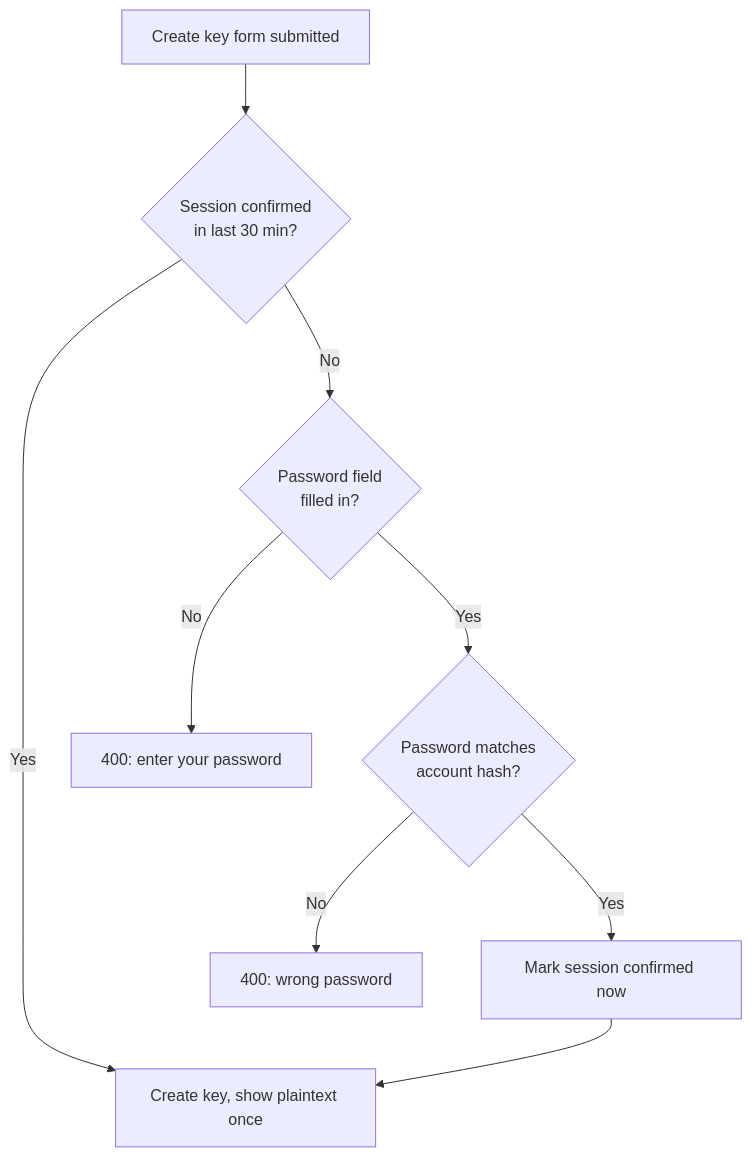
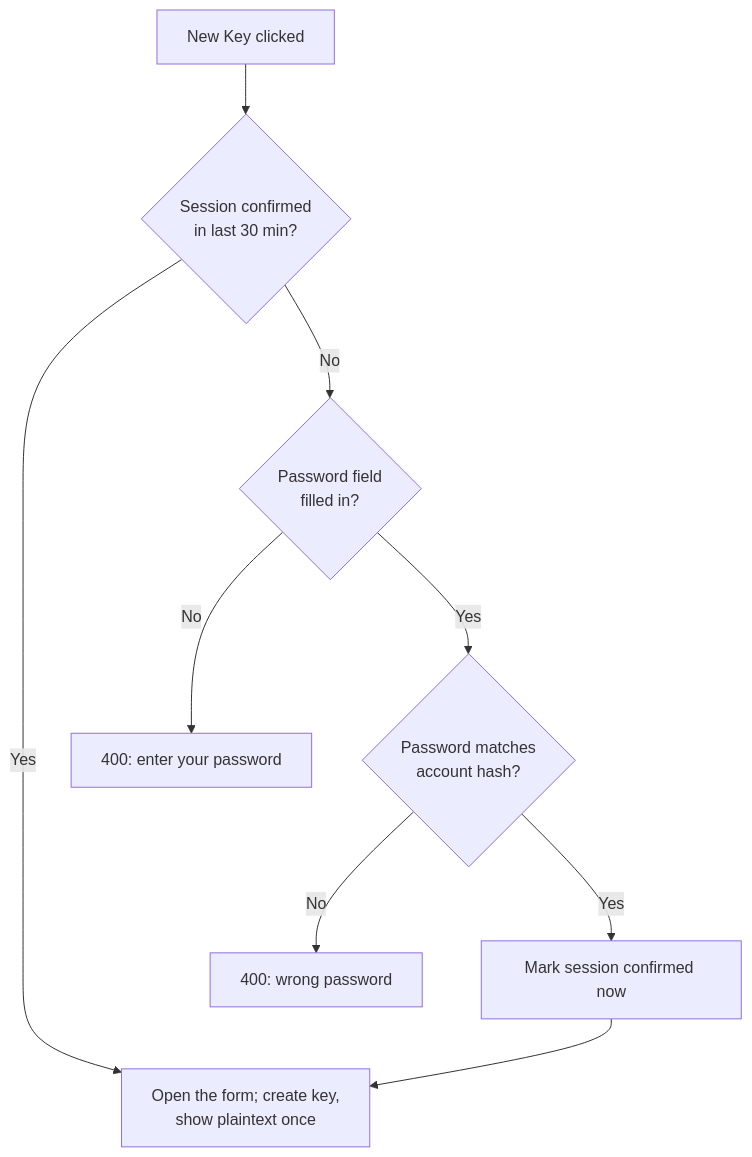
One commit to Dictionarry-Hub/profilarr changed the second of 4 diagrams in docs/backend/security.md. Above: the diagram before and after it, drawn with Mermaid. The commit also changed other lines of this file and 9 other files, not shown here.

Commit message:
feat: confirm identity in a modal before opening the key form

````diff
--- a/docs/backend/security.md
+++ b/docs/backend/security.md
@@ -290,11 +292,11 @@
 ```mermaid
 flowchart TD
-    A[Create key form submitted] --> B{Session confirmed<br>in last 30 min?}
-    B -->|Yes| K[Create key, show plaintext once]
+    A[New Key clicked] --> B{Session confirmed<br>in last 30 min?}
+    B -->|Yes| K[Open the form; create key,<br>show plaintext once]
     B -->|No| C{Password field<br>filled in?}
     C -->|No| D[400: enter your password]
     C -->|Yes| E{Password matches<br>account hash?}
     E -->|No| F[400: wrong password]
     E -->|Yes| G[Mark session confirmed now]
     G --> K
 ```
````
